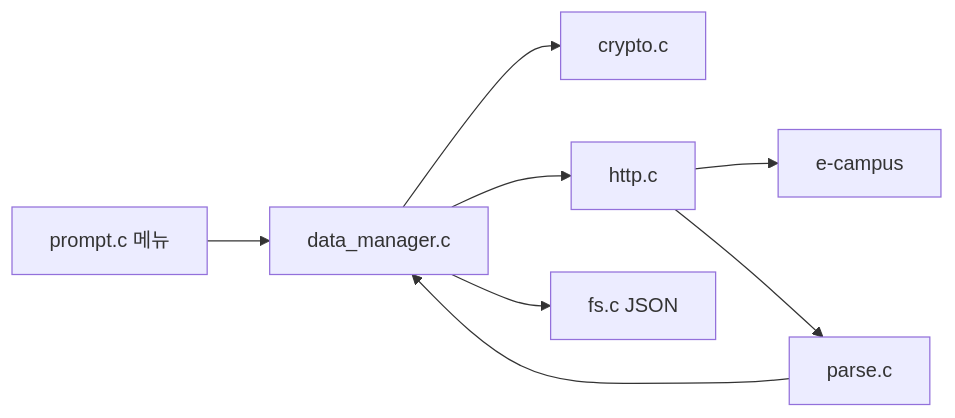
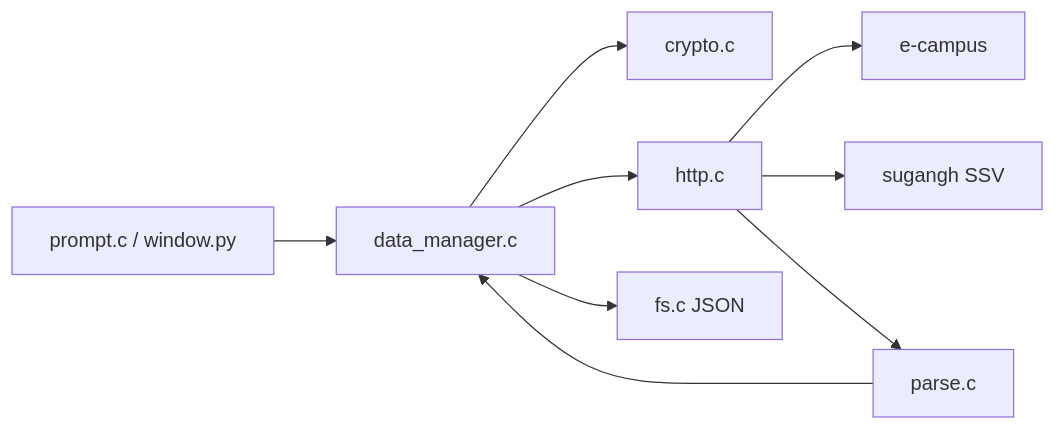
Before and after one commit to hy040504/seowon-cli: the diagram in README.md, drawn with Mermaid. The commit also changed other lines of this file, not shown here.

````diff
--- a/README.md
+++ b/README.md
@@ -164,10 +186,11 @@
 ```mermaid
 flowchart LR
-  A[prompt.c 메뉴] --> B[data_manager.c]
+  A["prompt.c / window.py"] --> B[data_manager.c]
   B --> C[crypto.c]
   B --> D[http.c]
   D --> E[e-campus]
+  D --> H[sugangh SSV]
   D --> F[parse.c]
   F --> B
   B --> G[fs.c JSON]
 ```
````
